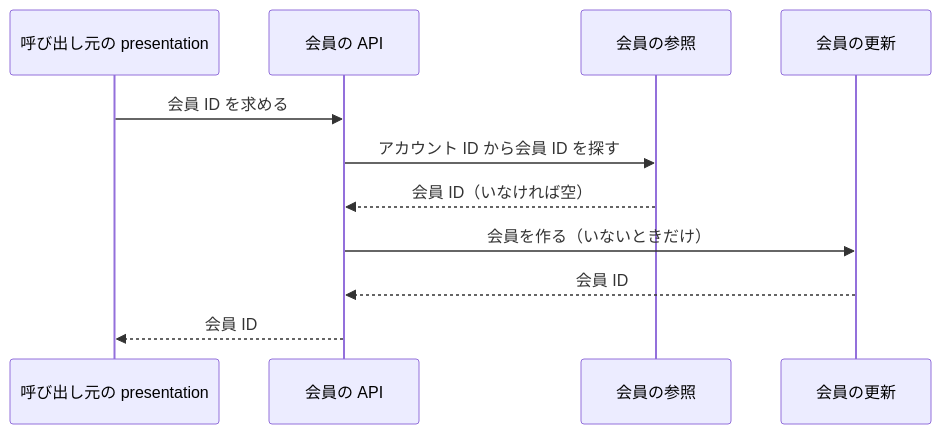
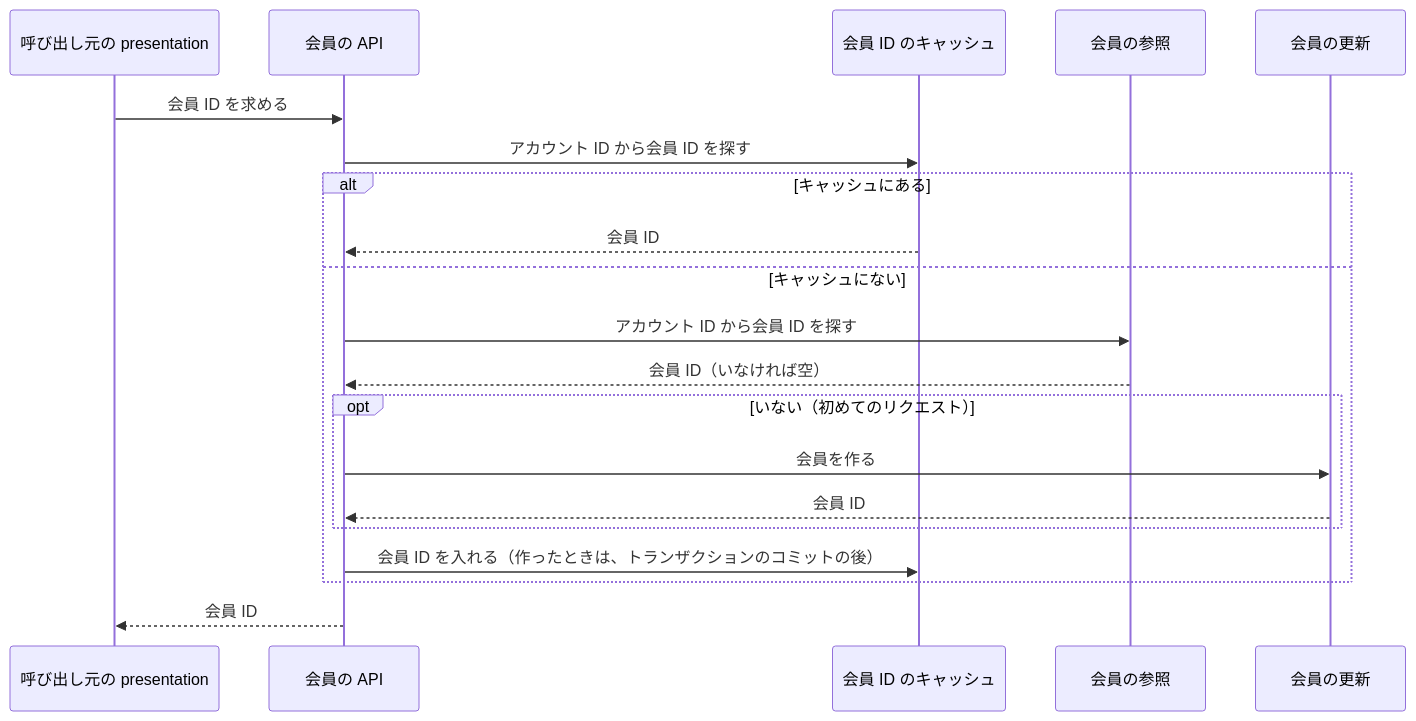
One commit to roger88106/ec-site changed the diagram in docs/02-設計/member.md. Above: the diagram before and after it, drawn with Mermaid. The commit also changed other lines of this file and 6 other files, not shown here.

````diff
--- a/docs/02-設計/member.md
+++ b/docs/02-設計/member.md
@@ -27,13 +27,22 @@
 ```mermaid
 sequenceDiagram
     participant P as 呼び出し元の presentation
     participant A as 会員の API
+    participant K as 会員 ID のキャッシュ
     participant Q as 会員の参照
     participant C as 会員の更新
     P->>A: 会員 ID を求める
-    A->>Q: アカウント ID から会員 ID を探す
-    Q-->>A: 会員 ID（いなければ空）
-    A->>C: 会員を作る（いないときだけ）
-    C-->>A: 会員 ID
+    A->>K: アカウント ID から会員 ID を探す
+    alt キャッシュにある
+        K-->>A: 会員 ID
+    else キャッシュにない
+        A->>Q: アカウント ID から会員 ID を探す
+        Q-->>A: 会員 ID（いなければ空）
+        opt いない（初めてのリクエスト）
+            A->>C: 会員を作る
+            C-->>A: 会員 ID
+        end
+        A->>K: 会員 ID を入れる（作ったときは、トランザクションのコミットの後）
+    end
     A-->>P: 会員 ID
 ```
````
